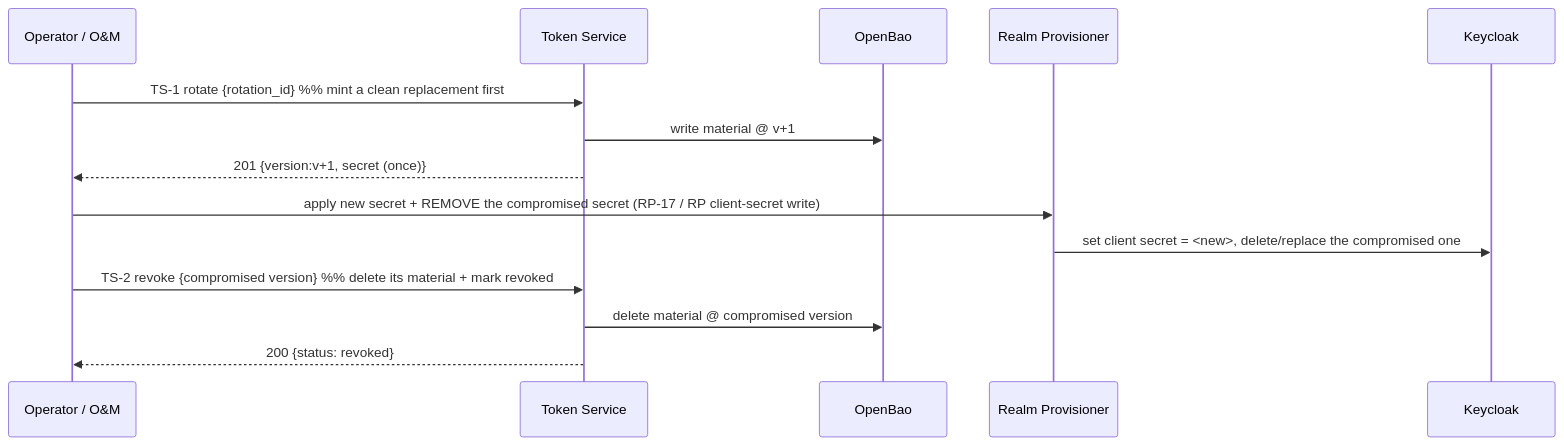
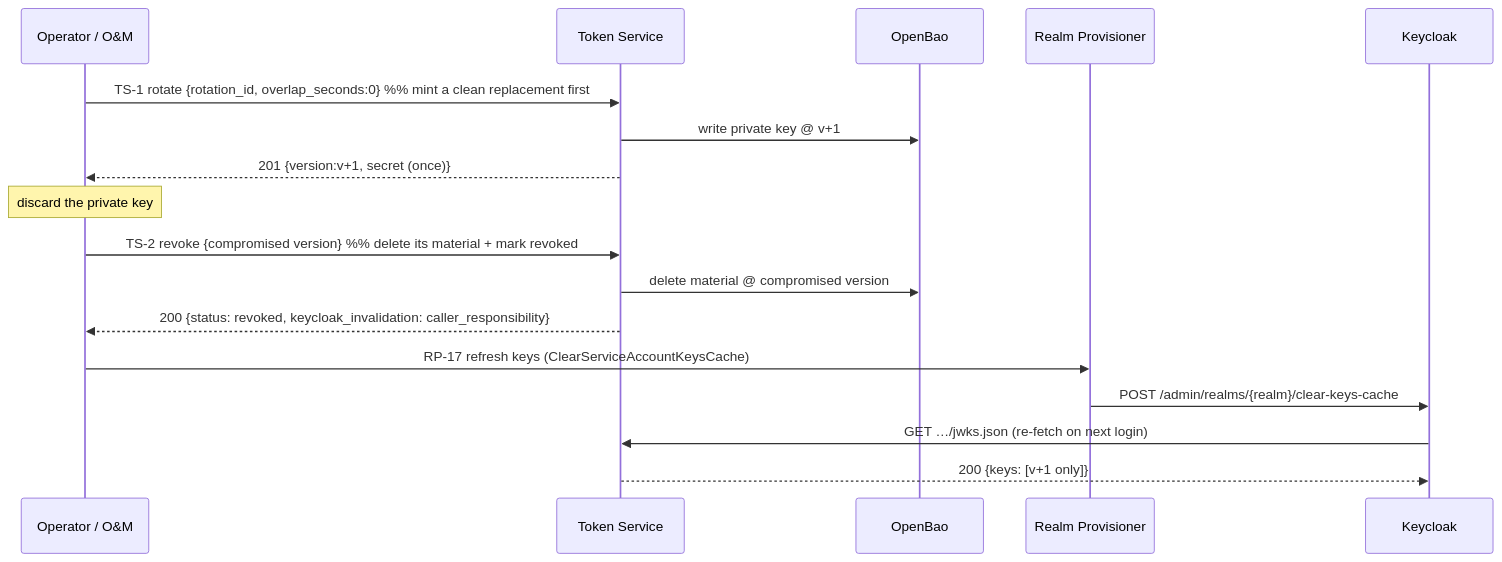
The fourth of 4 diagrams in docs/lld/iam-lld-token-service.md (BCBP-SOLUTIONS-FZC-LLC/iam-token-service), drawn with Mermaid before and after one commit. The commit also changed other lines of this file and 234 other files, not shown here.

````diff
--- a/docs/lld/iam-lld-token-service.md
+++ b/docs/lld/iam-lld-token-service.md
@@ -1046,16 +1234,19 @@
 ```mermaid
 sequenceDiagram
     participant OP as Operator / O&M
     participant TS as Token Service
     participant OB as OpenBao
     participant RP as Realm Provisioner
     participant KC as Keycloak
-    OP->>TS: TS-1 rotate {rotation_id}        %% mint a clean replacement first
-    TS->>OB: write material @ v+1
+    OP->>TS: TS-1 rotate {rotation_id, overlap_seconds:0}   %% mint a clean replacement first
+    TS->>OB: write private key @ v+1
     TS-->>OP: 201 {version:v+1, secret (once)}
-    OP->>RP: apply new secret + REMOVE the compromised secret (RP-17 / RP client-secret write)
-    RP->>KC: set client secret = <new>, delete/replace the compromised one
-    OP->>TS: TS-2 revoke {compromised version}  %% delete its material + mark revoked
+    Note over OP: discard the private key
+    OP->>TS: TS-2 revoke {compromised version}             %% delete its material + mark revoked
     TS->>OB: delete material @ compromised version
-    TS-->>OP: 200 {status: revoked}
+    TS-->>OP: 200 {status: revoked, keycloak_invalidation: caller_responsibility}
+    OP->>RP: RP-17 refresh keys (ClearServiceAccountKeysCache)
+    RP->>KC: POST /admin/realms/{realm}/clear-keys-cache
+    KC->>TS: GET …/jwks.json (re-fetch on next login)
+    TS-->>KC: 200 {keys: [v+1 only]}
 ```
````
